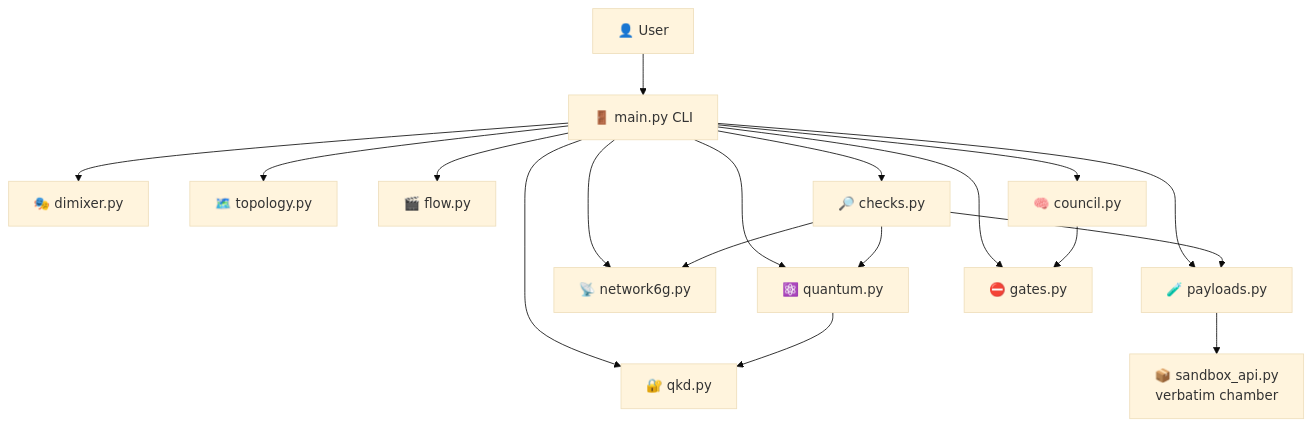
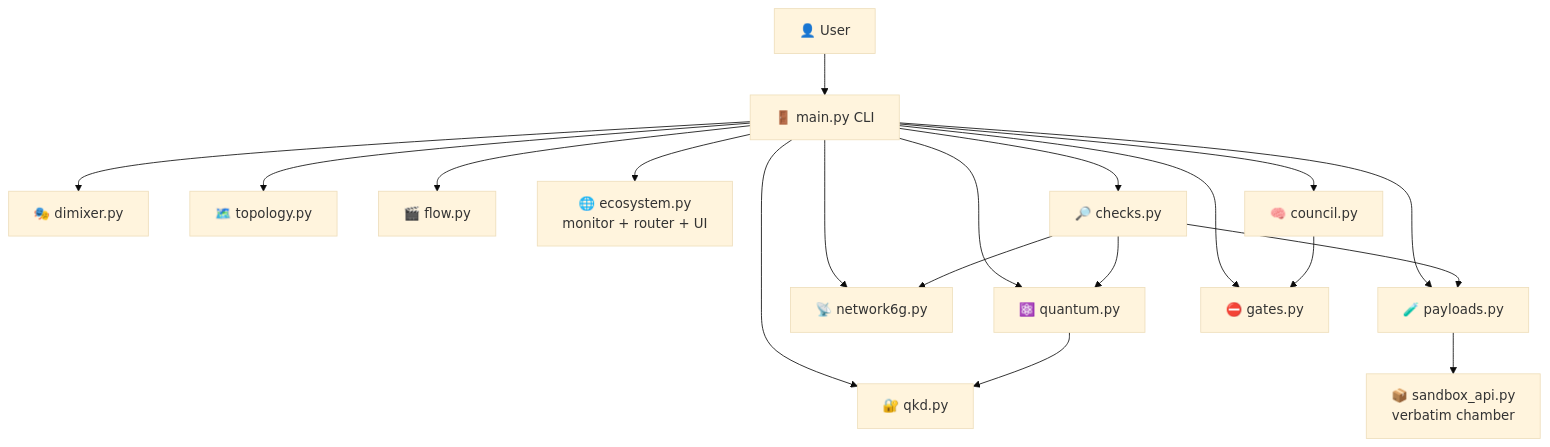
One commit to kimanicollier44-cmyk/Q6G-1TB changed the second of 16 diagrams in README.md. Above: the diagram before and after it, drawn with Mermaid (base theme). The commit also changed other lines of this file and 7 other files, not shown here.

````diff
--- a/README.md
+++ b/README.md
@@ -89,19 +91,20 @@
 ```mermaid
 flowchart TD
     U[👤 User] --> MAIN[🚪 main.py CLI]
     MAIN --> Q[⚛️ quantum.py]
     MAIN --> N[📡 network6g.py]
     MAIN --> K[🔐 qkd.py]
     MAIN --> SB[🧪 payloads.py] --> SA[📦 sandbox_api.py<br/>verbatim chamber]
     MAIN --> DM[🎭 dimixer.py]
     MAIN --> TP[🗺️ topology.py]
     MAIN --> FL[🎬 flow.py]
+    MAIN --> EC[🌐 ecosystem.py<br/>monitor + router + UI]
     MAIN --> C[🧠 council.py]
     MAIN --> G[⛔ gates.py]
     MAIN --> CH[🔎 checks.py]
     Q --> K
     C --> G
     CH --> Q
     CH --> N
     CH --> SB
 ```
````
